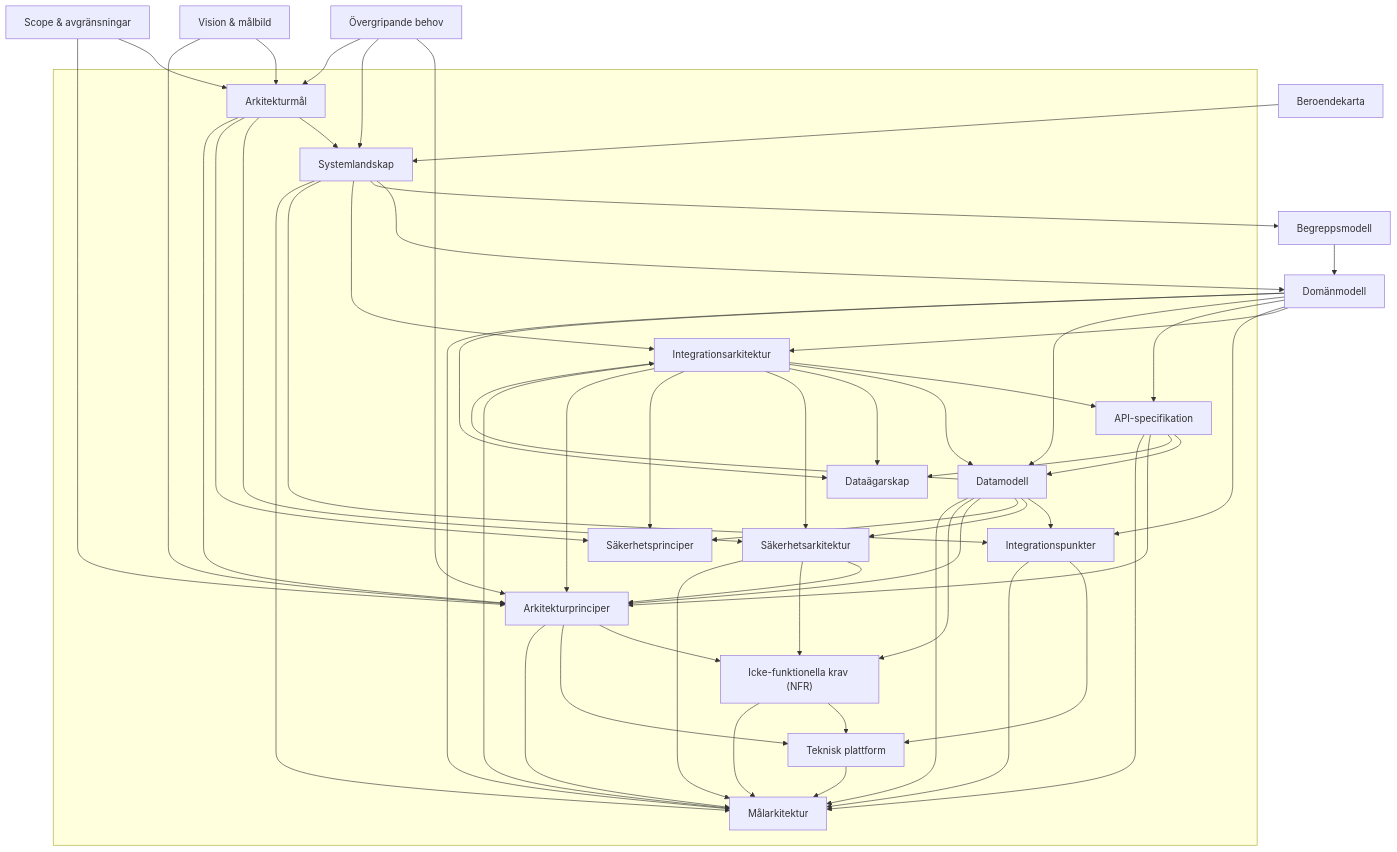
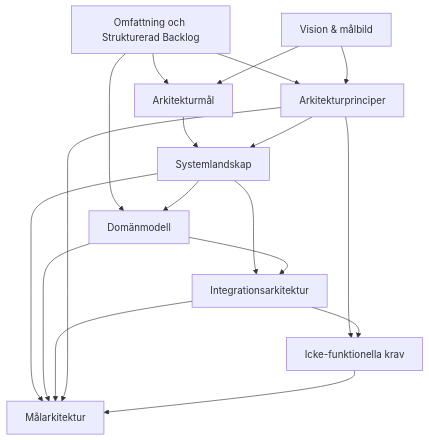
Before and after one commit to Riniga/valuestream-os: the second of 5 diagrams in framework/standard/artifacts/Artifacts.md, drawn with Mermaid. The commit also changed other lines of this file and 21 other files, not shown here.

````diff
--- a/framework/standard/artifacts/Artifacts.md
+++ b/framework/standard/artifacts/Artifacts.md
@@ -36,83 +23,30 @@
 ```mermaid
 flowchart
-  subgraph mal[" "]
-    AM["Arkitekturmål"]
-    AP["Arkitekturprinciper"]
-    SL["Systemlandskap"]
-    IA["Integrationsarkitektur"]
-    IP["Integrationspunkter"]
-    API["API-specifikation"]
-    DD["Datamodell"]
-    DA["Dataägarskap"]
-    SAK["Säkerhetsarkitektur"]
-    SP["Säkerhetsprinciper"]
-    NFR["Icke-funktionella krav (NFR)"]
-    TP["Teknisk plattform"]
-    MZ["Målarkitektur"]
-  end
+OSB["Omfattning och Strukturerad Backlog"]
+VM["Vision & målbild"]
+AM["Arkitekturmål"]
+AP["Arkitekturprinciper"]
+SL["Systemlandskap"]
+DM["Domänmodell"]
+IA["Integrationsarkitektur"]
+NFR["Icke-funktionella krav"]
+MZ["Målarkitektur"]
 
-  DM["Domänmodell"]
-  BM["Begreppsmodell"]
-  OB["Övergripande behov"]
-  VM["Vision & målbild"]
-  SA["Scope & avgränsningar"]
-  BK["Beroendekarta"]
-
-
-  OB --> AP
-  OB --> SL
-  OB --> AM
-
-  VM --> AM
-  SA --> AM
-
-  VM --> AP
-  SA --> AP
-  AM --> SL
-
-  BK --> SL
-  SL --> DM
-  BM --> DM
-  SL --> BM
-  SL --> IA
-  DM --> IA
-  DD --> IA
-  SL --> IP
-  DM --> IP
-  DD --> IP
-  IA --> API
-  DM --> API
-  DM --> DD
-  API --> DD
-  IA --> DD
-  DM --> DA
-  API --> DA
-  IA --> DA
-  DD --> SAK
-  IA --> SAK
-  AM --> SAK
-  DD --> SP
-  IA --> SP
-  AM --> SP
-  AM --> AP
-  SAK --> AP
-  IA --> AP
-  DD --> AP
-  API --> AP
-  AP --> NFR
-  DD --> NFR
-  SAK --> NFR
-  AP --> TP
-  NFR --> TP
-  IP --> TP
-  AP --> MZ
-  NFR --> MZ
-  IP --> MZ
-  SL --> MZ
-  DM --> MZ
-  IA --> MZ
-  API --> MZ
-  DD --> MZ
-  SAK --> MZ
-  TP --> MZ
+OSB --> AM
+VM --> AM
+OSB --> AP
+VM --> AP
+AM --> SL
+AP --> SL
+OSB --> DM
+SL --> DM
+SL --> IA
+DM --> IA
+AP --> NFR
+IA --> NFR
+SL --> MZ
+DM --> MZ
+IA --> MZ
+AP --> MZ
+NFR --> MZ
 ```
````
